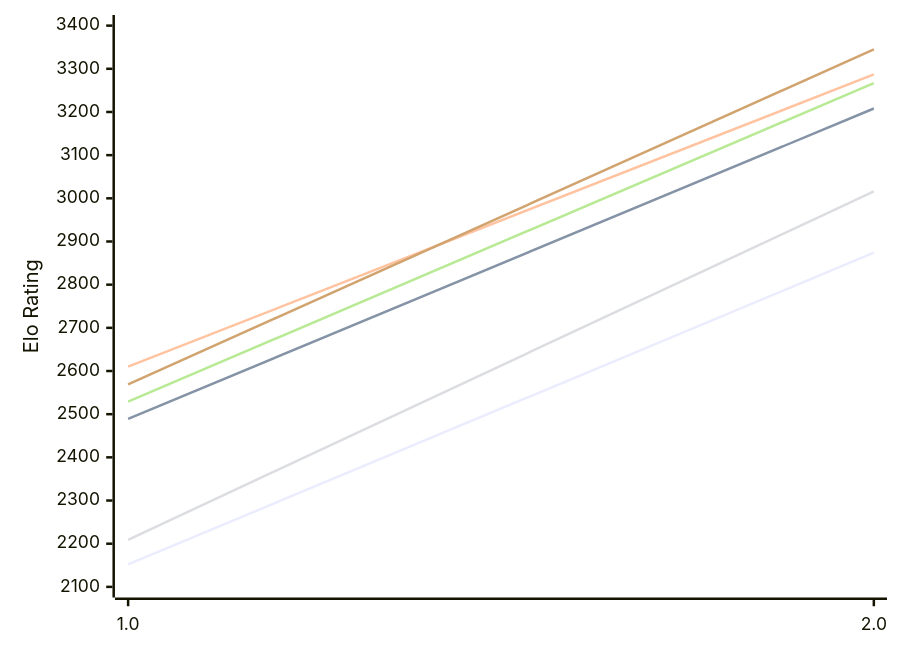
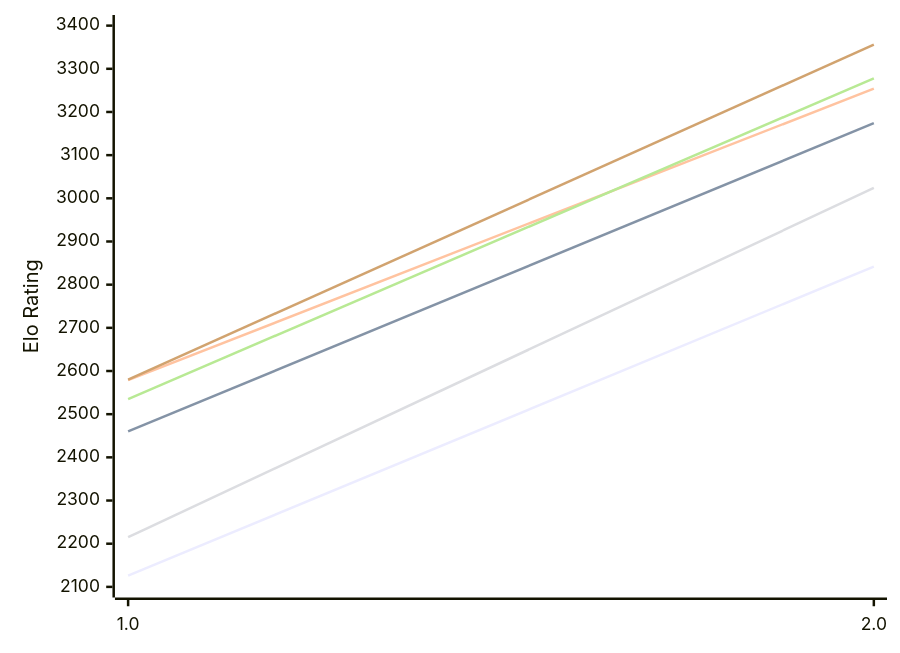
The diagram in engines/Scarlet.md (computer-chess-index/cci), drawn with Mermaid before and after one commit. The commit also changed other lines of this file, not shown here.

Commit message:
Update CCI Ratings (ELO VLTC) - 2026-11-12

````diff
--- a/engines/Scarlet.md
+++ b/engines/Scarlet.md
@@ -49,12 +49,12 @@
 ```mermaid
 %%{init: {"theme":"base","themeVariables":{"seriesColors:['#a3a3a3','#222221','#faa371']}}}%%
 xychart-beta
   x-axis ["1.0", "2.0"]
   y-axis "Elo Rating" 2100 --> 3400
-  line "E1: STC (8.0+0.08s)" [2152, 2874]
-  line "E1: LTC (60.0+0.60s)" [2489, 3208]
-  line "E1: VLTC (2m24s+1.12s)" [2610, 3287]
-  line "P1: STC (8.0+0.08s)" [2209, 3016]
-  line "P1: LTC (60.0+0.60s)" [2529, 3267]
-  line "P1: VLTC (2m24s+1.12s)" [2569, 3345]
+  line "E1: STC (8.0+0.08s)" [2126, 2842]
+  line "E1: LTC (60.0+0.60s)" [2460, 3174]
+  line "E1: VLTC (2m24s+1.12s)" [2579, 3254]
+  line "P1: STC (8.0+0.08s)" [2215, 3024]
+  line "P1: LTC (60.0+0.60s)" [2535, 3278]
+  line "P1: VLTC (2m24s+1.12s)" [2580, 3356]
 ```
````
